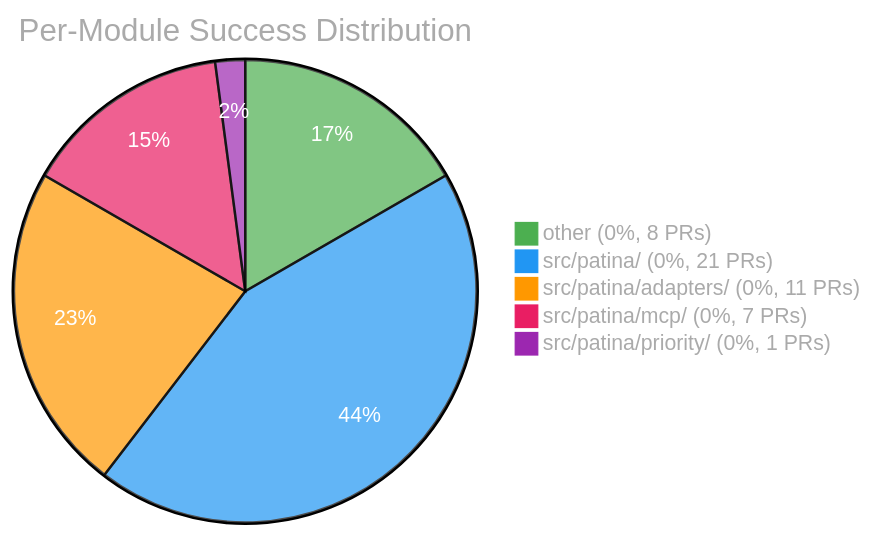
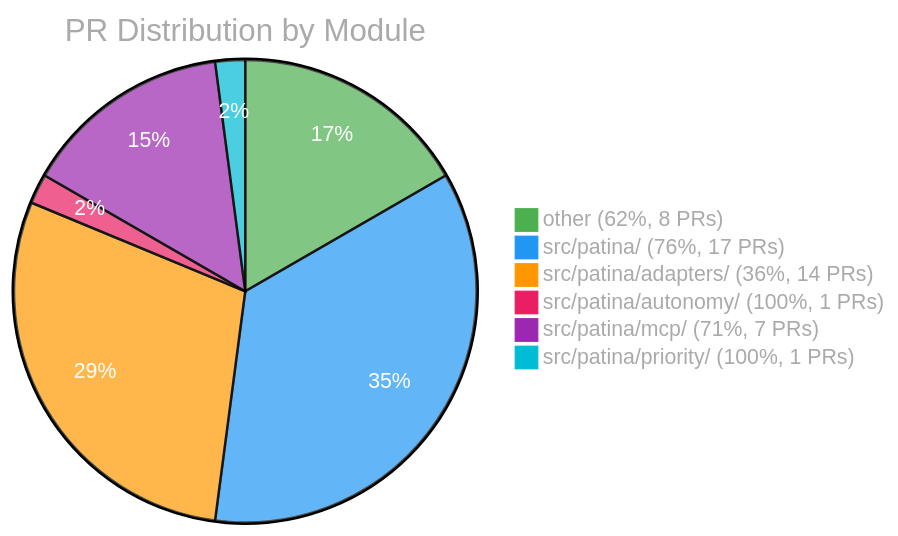
One commit to Sanctum-Origo-Systems/patina changed the third of 3 diagrams in EVAL.md. Above: the diagram before and after it, drawn with Mermaid. The commit also changed other lines of this file and 1 other file, not shown here.

Commit message:
chore: update eval report (2026-09-19)

````diff
--- a/EVAL.md
+++ b/EVAL.md
@@ -50,9 +51,10 @@
 ```mermaid
 %%{init: {'theme': 'base', 'themeVariables': {'pie1': '#4CAF50', 'pie2': '#2196F3', 'pie3': '#FF9800', 'pie4': '#E91E63', 'pie5': '#9C27B0', 'pie6': '#00BCD4', 'pieTitleTextColor': '#aaa', 'pieLegendTextColor': '#aaa', 'pieSectionTextColor': '#fff'}}}%%
-pie title Per-Module Success Distribution
-    "other (0%, 8 PRs)" : 8
-    "src/patina/ (0%, 21 PRs)" : 21
-    "src/patina/adapters/ (0%, 11 PRs)" : 11
-    "src/patina/mcp/ (0%, 7 PRs)" : 7
-    "src/patina/priority/ (0%, 1 PRs)" : 1
+pie title PR Distribution by Module
+    "other (62%, 8 PRs)" : 8
+    "src/patina/ (76%, 17 PRs)" : 17
+    "src/patina/adapters/ (36%, 14 PRs)" : 14
+    "src/patina/autonomy/ (100%, 1 PRs)" : 1
+    "src/patina/mcp/ (71%, 7 PRs)" : 7
+    "src/patina/priority/ (100%, 1 PRs)" : 1
 ```
````
